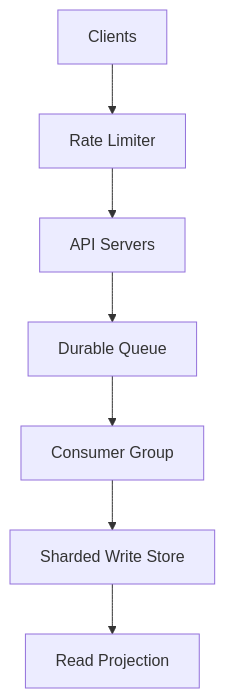
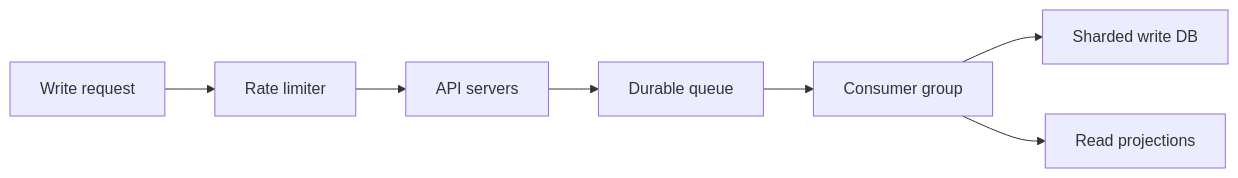
One commit to mthaiseer/springcloud-systemdesign-notes changed the fourth of 16 diagrams in HLD_NOTES/002_TYPES_OF_INTERVIEWS/000_All_types_quick_reference.md. Above: the diagram before and after it, drawn with Mermaid. The commit also changed other lines of this file and 1 other file, not shown here.

````diff
--- a/HLD_NOTES/002_TYPES_OF_INTERVIEWS/000_All_types_quick_reference.md
+++ b/HLD_NOTES/002_TYPES_OF_INTERVIEWS/000_All_types_quick_reference.md
@@ -284,9 +482,16 @@
 ```mermaid
-flowchart TD
-  A[Clients] --> B[Rate Limiter]
-  B --> C[API Servers]
-  C --> D[Durable Queue]
-  D --> E[Consumer Group]
-  E --> F[Sharded Write Store]
-  F --> G[Read Projection]
+flowchart LR
+  A[Write request]
+  B[Rate limiter]
+  C[API servers]
+  D[Durable queue]
+  E[Consumer group]
+  F[Sharded write DB]
+  G[Read projections]
+  A --> B
+  B --> C
+  C --> D
+  D --> E
+  E --> F
+  E --> G
 ```
````
